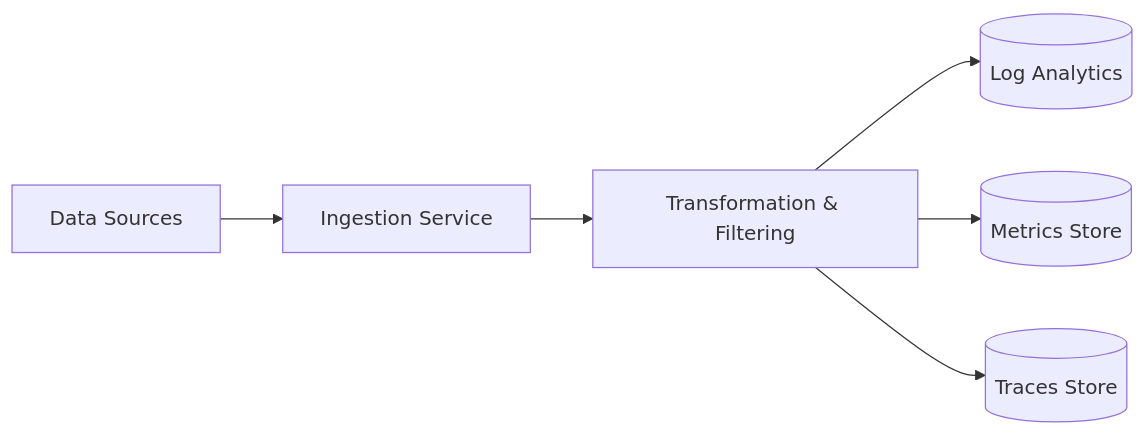
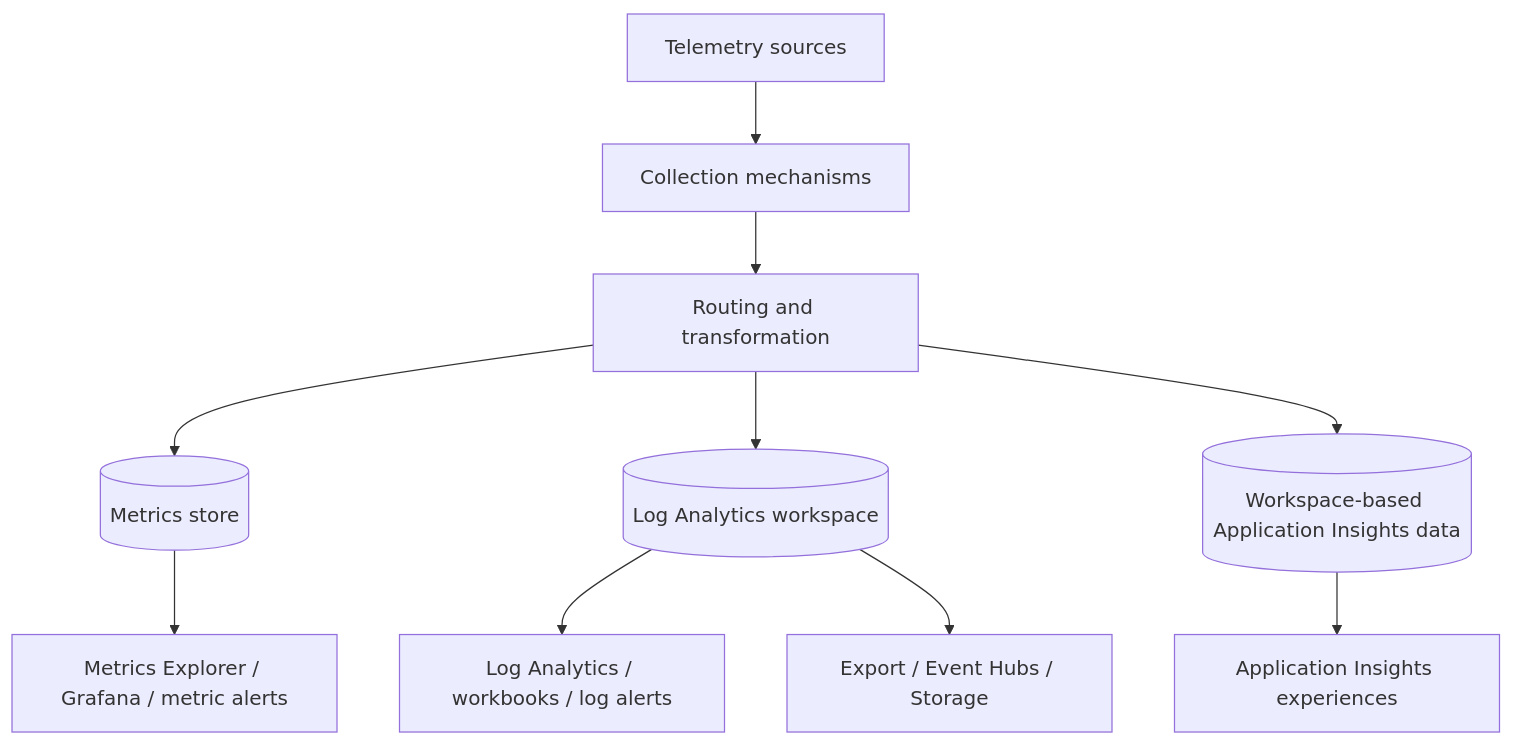
Before and after one commit to yeongseon/azure-monitoring-practical-guide: the first of 2 diagrams in docs/platform/data-platform.md, drawn with Mermaid. The commit also changed other lines of this file and 50 other files, not shown here.

````diff
--- a/docs/platform/data-platform.md
+++ b/docs/platform/data-platform.md
@@ -30,8 +6,12 @@
 ```mermaid
-graph LR
-    Sources[Data Sources] --> Ingestion[Ingestion Service]
-    Ingestion --> Transform[Transformation & Filtering]
-    Transform --> Logs[(Log Analytics)]
-    Transform --> Metrics[(Metrics Store)]
-    Transform --> Traces[(Traces Store)]
+flowchart TD
+    SRC[Telemetry sources] --> COL[Collection mechanisms]
+    COL --> ROUTE[Routing and transformation]
+    ROUTE --> MET[(Metrics store)]
+    ROUTE --> LOG[(Log Analytics workspace)]
+    ROUTE --> APP[(Workspace-based Application Insights data)]
+    MET --> CONSUME1[Metrics Explorer / Grafana / metric alerts]
+    LOG --> CONSUME2[Log Analytics / workbooks / log alerts]
+    APP --> CONSUME3[Application Insights experiences]
+    LOG --> EXPORT[Export / Event Hubs / Storage]
 ```
````
